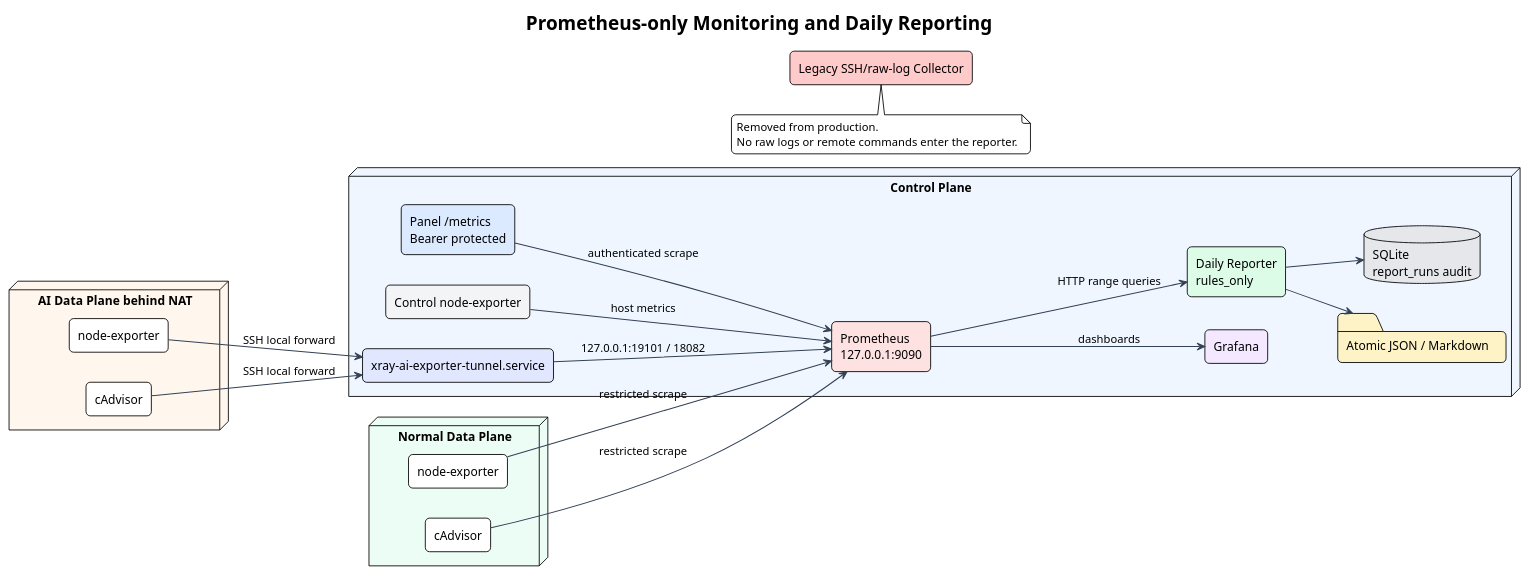
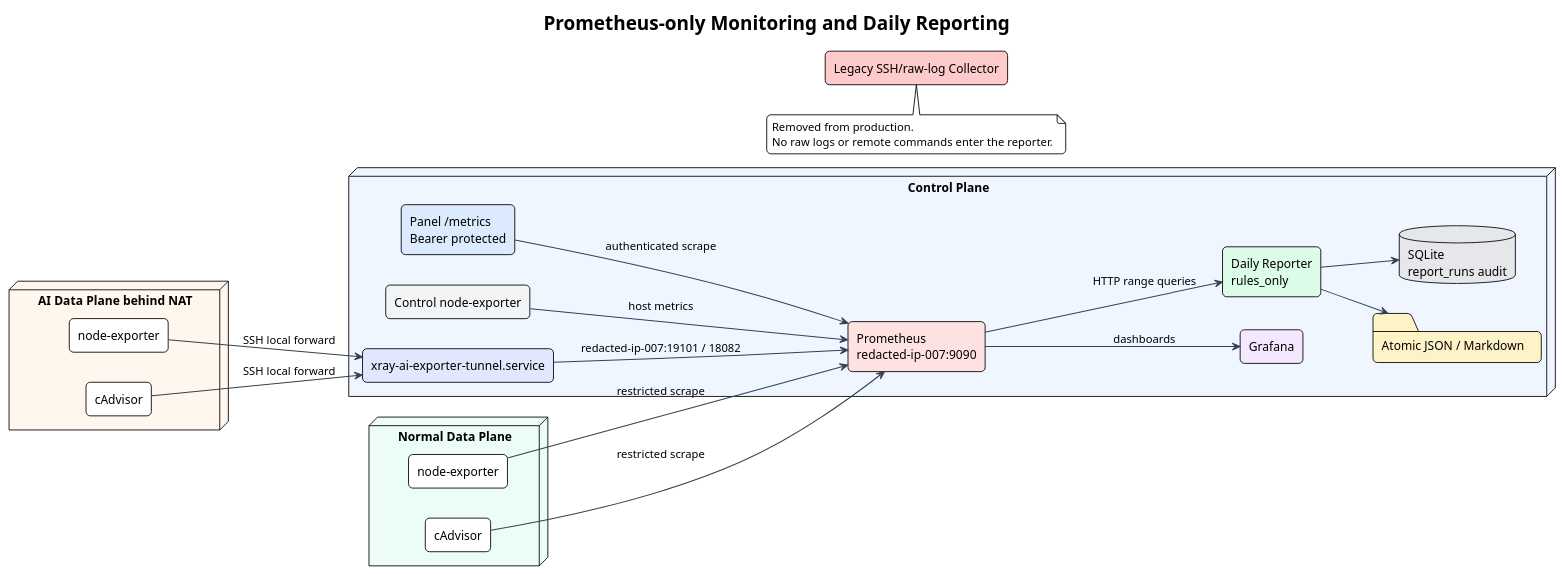
One commit to i-zrhe2016/ai-routing-panel changed the diagram in docs/ops-reporting/diagrams/monitoring-reporting.puml. Above: the diagram before and after it, drawn with PlantUML. The commit also changed 43 other files, not shown here.

```diff
--- a/docs/ops-reporting/diagrams/monitoring-reporting.puml
+++ b/docs/ops-reporting/diagrams/monitoring-reporting.puml
@@ -1,54 +1,54 @@
 @startuml
 !theme plain
 left to right direction
 skinparam backgroundColor #FFFFFF
 skinparam componentStyle rectangle
 skinparam shadowing false
 skinparam roundcorner 10
 skinparam ArrowColor #334155
 skinparam ArrowThickness 1.2
 skinparam defaultFontName Arial
 
 title Prometheus-only Monitoring and Daily Reporting
 
 node "Control Plane" as control #EFF6FF {
   component "Panel /metrics\nBearer protected" as panelMetrics #DBEAFE
   component "Control node-exporter" as controlExporter #F3F4F6
   component "xray-ai-exporter-tunnel.service" as sshTunnel #E0E7FF
-  component "Prometheus\n127.0.0.1:9090" as prometheus #FEE2E2
+  component "Prometheus\nredacted-ip-007:9090" as prometheus #FEE2E2
   component "Grafana" as grafana #F3E8FF
   component "Daily Reporter\nrules_only" as reporter #DCFCE7
   folder "Atomic JSON / Markdown" as reportFiles #FEF3C7
   database "SQLite\nreport_runs audit" as audit #E5E7EB
 }
 
 node "Normal Data Plane" as normal #ECFDF5 {
   component "node-exporter" as normalNode
   component "cAdvisor" as normalCadvisor
 }
 
 node "AI Data Plane behind NAT" as ai #FFF7ED {
   component "node-exporter" as aiNode
   component "cAdvisor" as aiCadvisor
 }
 
 panelMetrics --> prometheus : authenticated scrape
 controlExporter --> prometheus : host metrics
 normalNode --> prometheus : restricted scrape
 normalCadvisor --> prometheus : restricted scrape
 aiNode --> sshTunnel : SSH local forward
 aiCadvisor --> sshTunnel : SSH local forward
-sshTunnel --> prometheus : 127.0.0.1:19101 / 18082
+sshTunnel --> prometheus : redacted-ip-007:19101 / 18082
 prometheus --> grafana : dashboards
 prometheus --> reporter : HTTP range queries
 reporter --> reportFiles
 reporter --> audit
 
 component "Legacy SSH/raw-log Collector" as legacy #FECACA
 legacy -[hidden]-> reporter
 note bottom of legacy
   Removed from production.
   No raw logs or remote commands enter the reporter.
 end note
 
 @enduml
```
